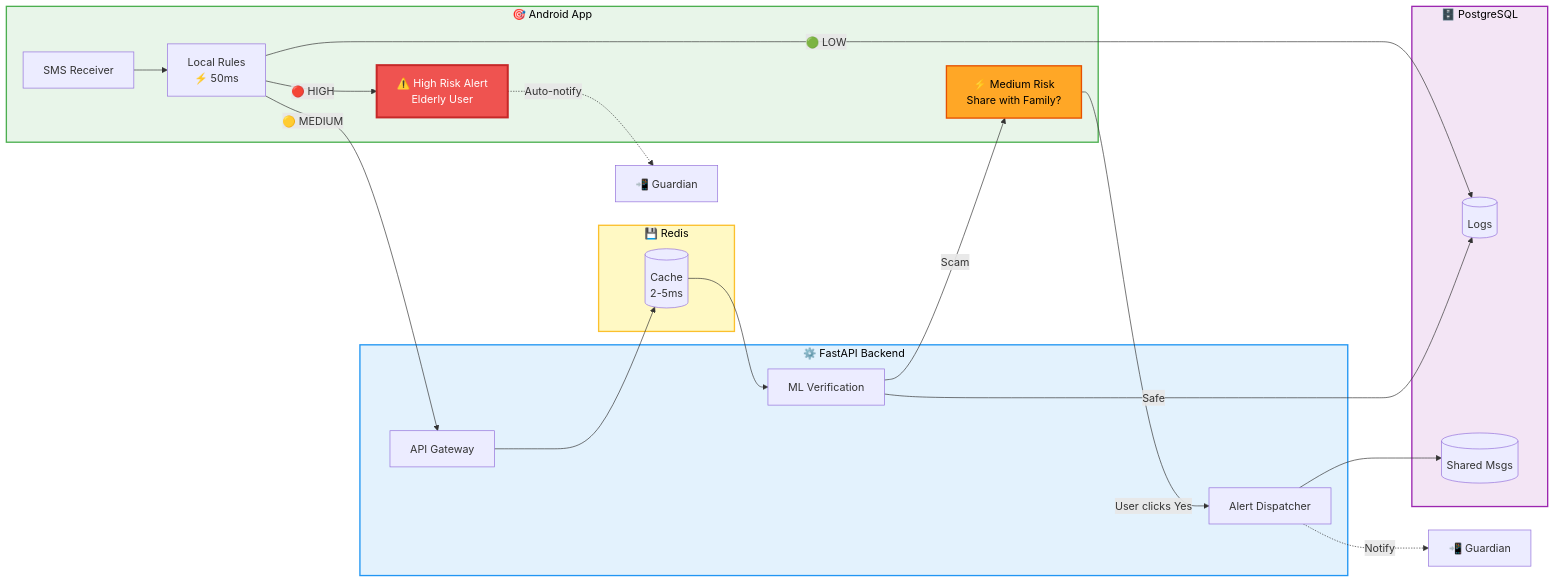
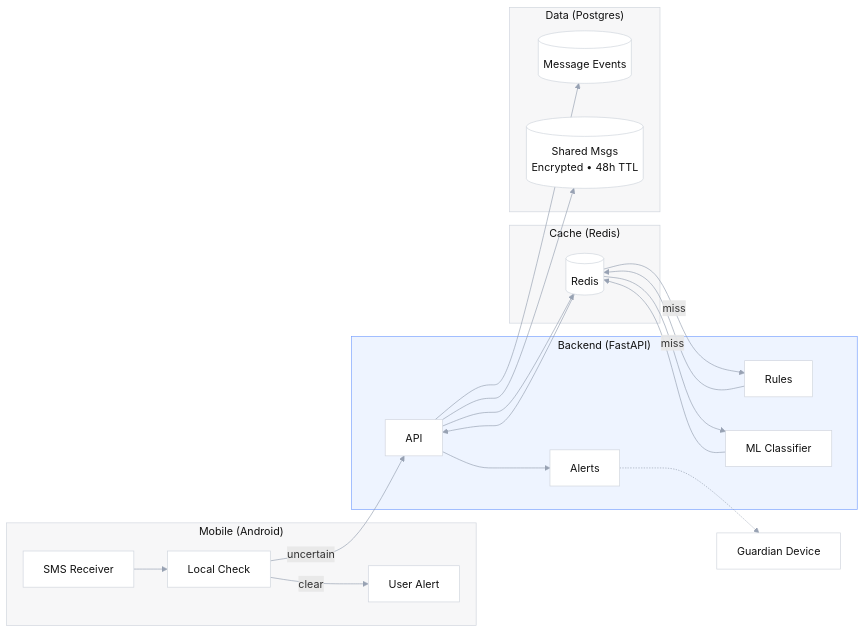
The diagram in README2.md (GA-Safety/Guardian-Agent), drawn with Mermaid before and after one commit.

````diff
--- a/README2.md
+++ b/README2.md
@@ -56,48 +56,56 @@
 ```mermaid
 graph LR
-    subgraph Frontend["🎯 Android App"]
-        SMS[SMS Receiver]
-        LOCAL[Local Rules<br/>⚡ 50ms]
-        UI_HIGH[⚠️ High Risk Alert<br/>Elderly User]
-        UI_MED[⚡ Medium Risk<br/>Share with Family?]
-    end
-    
-    subgraph Backend["⚙️ FastAPI Backend"]
-        API[API Gateway]
-        VERIFY[ML Verification]
-        ALERT[Alert Dispatcher]
-    end
-    
-    subgraph Cache["💾 Redis"]
-        REDIS[(Cache<br/>2-5ms)]
-    end
-    
-    subgraph Database["🗄️ PostgreSQL"]
-        DB[(Logs)]
-        ENC[(Shared Msgs)]
-    end
-    
-    SMS --> LOCAL
-    LOCAL -->|🔴 HIGH| UI_HIGH
-    LOCAL -->|🟡 MEDIUM| API
-    LOCAL -->|🟢 LOW| DB
-    
-    UI_HIGH -.->|Auto-notify| Guardian1[📲 Guardian]
-    
-    API --> REDIS
-    REDIS --> VERIFY
-    VERIFY -->|Scam| UI_MED
-    VERIFY -->|Safe| DB
-    
-    UI_MED -->|User clicks Yes| ALERT
-    ALERT -.->|Notify| Guardian2[📲 Guardian]
-    
-    ALERT --> ENC
-    
-    style Frontend fill:#E8F5E9,stroke:#4CAF50,stroke-width:2px,color:#000
-    style Backend fill:#E3F2FD,stroke:#2196F3,stroke-width:2px,color:#000
-    style Cache fill:#FFF9C4,stroke:#FBC02D,stroke-width:2px,color:#000
-    style Database fill:#F3E5F5,stroke:#9C27B0,stroke-width:2px,color:#000
-    style UI_HIGH fill:#EF5350,stroke:#C62828,stroke-width:3px,color:#FFF
-    style UI_MED fill:#FFA726,stroke:#E65100,stroke-width:2px,color:#000
+  %% Layout
+  subgraph Mobile["Mobile (Android)"]
+    SMS["SMS Receiver"]
+    Local["Local Check"]
+    UI["User Alert"]
+  end
+
+  subgraph API["Backend (FastAPI)"]
+    Gateway["API"]
+    Rules["Rules"]
+    Model["ML Classifier"]
+    Alerts["Alerts"]
+  end
+
+  subgraph Cache["Cache (Redis)"]
+    Redis[(Redis)]
+  end
+
+  subgraph Data["Data (Postgres)"]
+    Events[(Message Events)]
+    Shared[(Shared Msgs<br/>Encrypted • 48h TTL)]
+  end
+
+  %% Flow
+  SMS --> Local
+  Local -->|"clear"| UI
+  Local -->|"uncertain"| Gateway
+
+  Gateway --> Redis
+  Redis -->|miss| Rules
+  Redis -->|miss| Model
+  Rules --> Redis
+  Model --> Redis
+  Redis --> Gateway
+
+  Gateway --> Events
+  Gateway --> Shared
+  Gateway --> Alerts
+  Alerts -.-> Guardian["Guardian Device"]
+
+  %% Minimal styling
+  classDef panel fill:#F7F7F8,stroke:#D0D5DD,color:#111,stroke-width:1px;
+  classDef accent fill:#EEF4FF,stroke:#7AA2FF,color:#111,stroke-width:1px;
+  classDef store fill:#FFFFFF,stroke:#D0D5DD,color:#111,stroke-width:1px;
+  classDef node fill:#FFFFFF,stroke:#D0D5DD,color:#111,stroke-width:1px;
+
+  class Mobile,Cache,Data panel;
+  class API accent;
+  class Redis,Events,Shared store;
+  class SMS,Local,UI,Gateway,Rules,Model,Alerts,Guardian node;
+
+  linkStyle default stroke:#98A2B3,stroke-width:1px;
+
 ```
````
